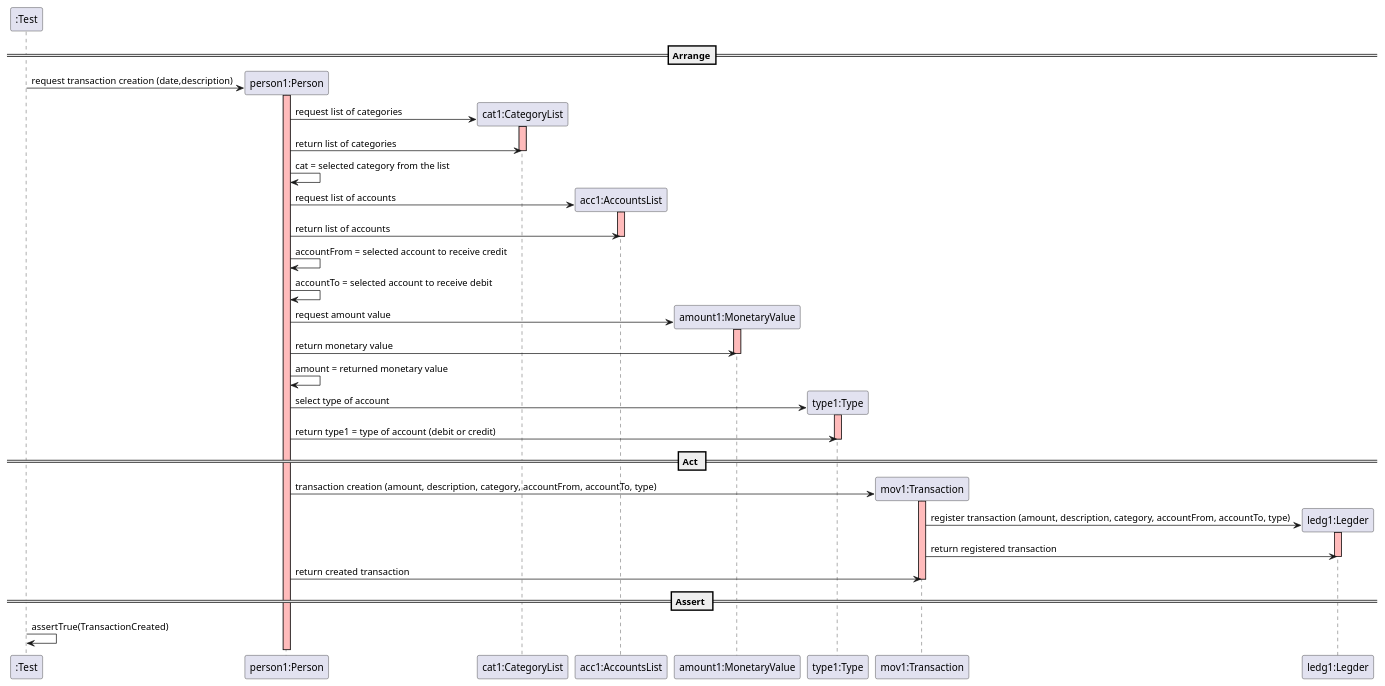
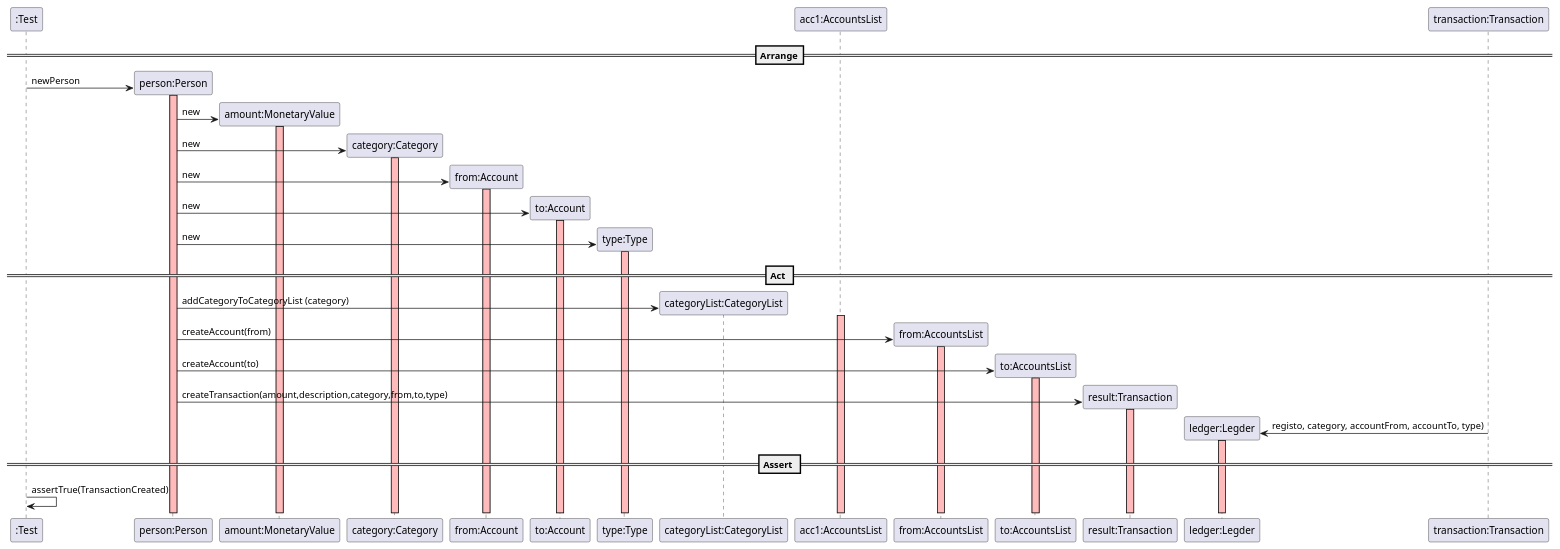
The diagram in docs/SequenceDiagram - UserStory8.puml (mleitaoribeiro/DevOpsMaven), drawn with PlantUML before and after one commit.

```diff
--- a/docs/SequenceDiagram - UserStory8.puml
+++ b/docs/SequenceDiagram - UserStory8.puml
@@ -1,71 +1,58 @@
 @startuml
 create ":Test"
 
 ==Arrange==
 
-create "person1:Person"
-":Test" -> "person1:Person" : request transaction creation (date,description)
-activate "person1:Person" #FFBBBB
+create "person:Person"
+":Test" -> "person:Person" : newPerson
+activate "person:Person" #FFBBBB
 
-create "cat1:CategoryList"
-"person1:Person" -> "cat1:CategoryList" : request list of categories
-activate "cat1:CategoryList"  #FFBBBB
+create "amount:MonetaryValue"
+"person:Person" -> "amount:MonetaryValue" : new
+activate "amount:MonetaryValue"  #FFBBBB
 
-"cat1:CategoryList" <- "person1:Person" : return list of categories
-deactivate "cat1:CategoryList"  #FFBBBB
+create "category:Category"
+"person:Person" -> "category:Category" : new
+activate "category:Category"  #FFBBBB
 
-"person1:Person" -> "person1:Person" : cat = selected category from the list
+create "from:Account"
+"person:Person" -> "from:Account" : new
+activate "from:Account"  #FFBBBB
 
+create "to:Account"
+"person:Person" -> "to:Account" : new
+activate "to:Account"  #FFBBBB
 
-create "acc1:AccountsList"
-"person1:Person" -> "acc1:AccountsList" : request list of accounts
-activate "acc1:AccountsList"  #FFBBBB
+create "type:Type"
+"person:Person" -> "type:Type" : new
+activate "type:Type"  #FFBBBB
 
-"acc1:AccountsList" <- "person1:Person" : return list of accounts
-deactivate "acc1:AccountsList"  #FFBBBB
-
-"person1:Person" -> "person1:Person" : accountFrom = selected account to receive credit
-
-"person1:Person" -> "person1:Person" : accountTo = selected account to receive debit
-
-
-create "amount1:MonetaryValue"
-"person1:Person" -> "amount1:MonetaryValue" : request amount value
-activate "amount1:MonetaryValue"  #FFBBBB
-
-"amount1:MonetaryValue" <- "person1:Person" : return monetary value
-deactivate "amount1:MonetaryValue"  #FFBBBB
-
-"person1:Person" -> "person1:Person" : amount = returned monetary value
-
-
-create "type1:Type"
-"person1:Person" -> "type1:Type" : select type of account
-activate "type1:Type"  #FFBBBB
-
-"type1:Type" <- "person1:Person" : return type1 = type of account (debit or credit)
-deactivate "type1:Type"  #FFBBBB
 
 == Act ==
 
-create "mov1:Transaction"
-"person1:Person" -> "mov1:Transaction" : transaction creation (amount, description, category, accountFrom, accountTo, type)
-activate "mov1:Transaction"  #FFBBBB
+create "categoryList:CategoryList"
+"person:Person" -> "categoryList:CategoryList" : addCategoryToCategoryList (category)
+activate "acc1:AccountsList"  #FFBBBB
 
+create "from:AccountsList"
+"person:Person" -> "from:AccountsList" : createAccount(from)
+activate "from:AccountsList"  #FFBBBB
 
-create "ledg1:Legder"
-"mov1:Transaction" -> "ledg1:Legder" : register transaction (amount, description, category, accountFrom, accountTo, type)
-activate "ledg1:Legder"  #FFBBBB
+create "to:AccountsList"
+"person:Person" -> "to:AccountsList" : createAccount(to)
+activate "to:AccountsList"  #FFBBBB
 
-"ledg1:Legder" <- "mov1:Transaction" : return registered transaction
-deactivate "ledg1:Legder"  #FFBBBB
+create "result:Transaction"
+"person:Person" -> "result:Transaction" : createTransaction(amount,description,category,from,to,type)
+activate "result:Transaction"  #FFBBBB
 
+create "ledger:Legder"
+"transaction:Transaction" -> "ledger:Legder" : registo, category, accountFrom, accountTo, type)
+activate "ledger:Legder"  #FFBBBB
 
-"mov1:Transaction" <- "person1:Person" : return created transaction
-deactivate "mov1:Transaction"  #FFBBBB
 
 == Assert ==
 
 ":Test" -> ":Test" : assertTrue(TransactionCreated)
 
 @enduml
```
